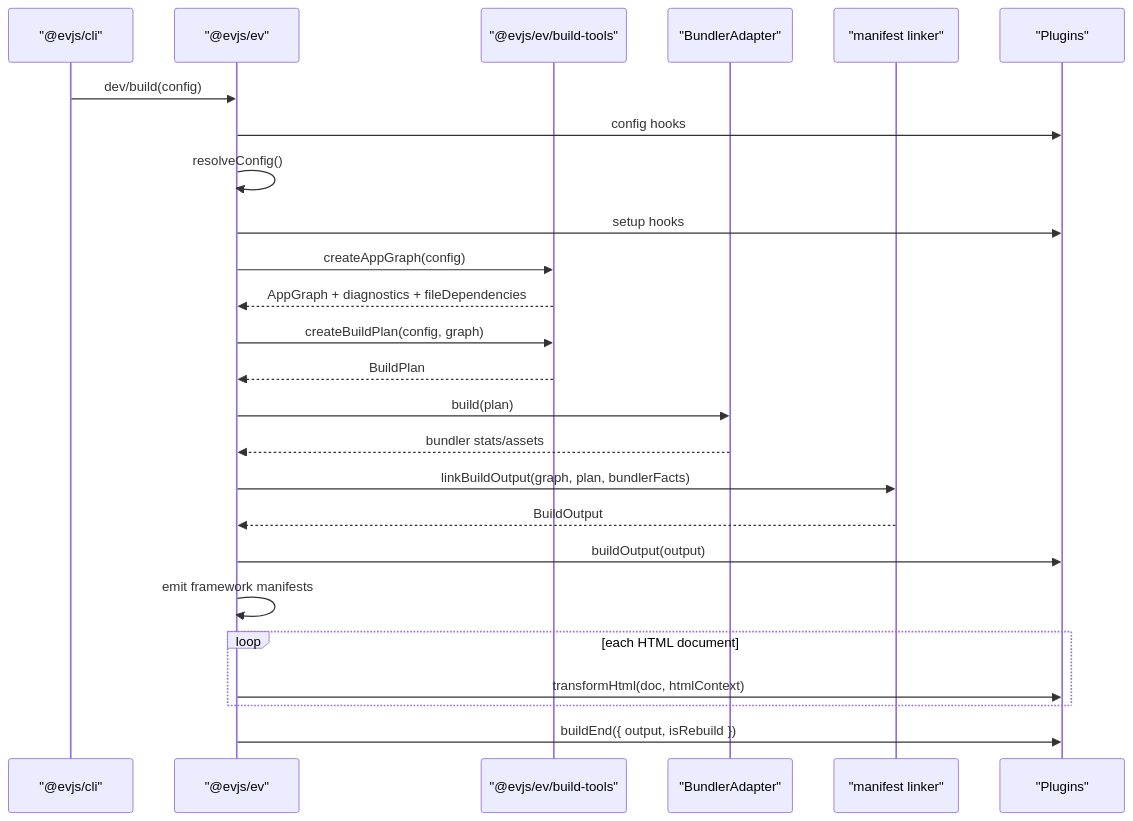
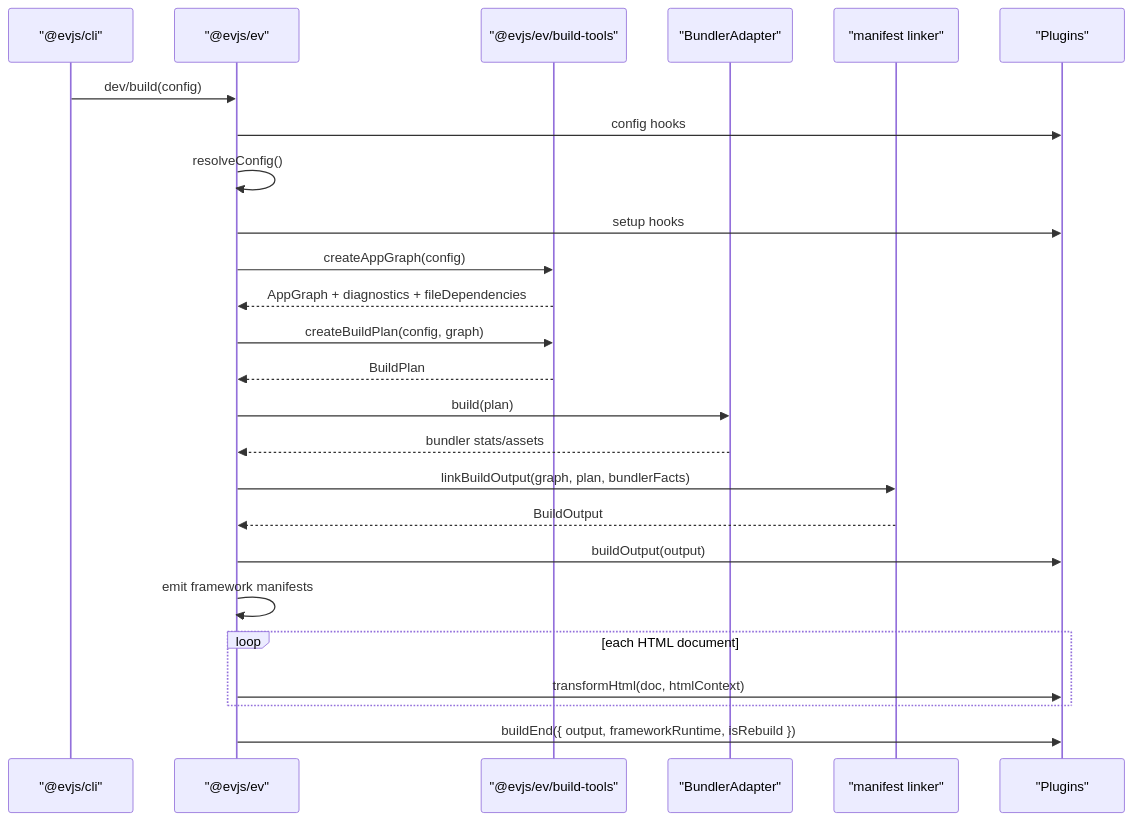
Before and after one commit to binhanchen25-arch/evjs: the first of 3 diagrams in docs/docs/architecture.md, drawn with Mermaid. The commit also changed other lines of this file and 82 other files, not shown here.

Commit message:
refactor(manifest): tighten build output contract (#32)

````diff
--- a/docs/docs/architecture.md
+++ b/docs/docs/architecture.md
@@ -138,28 +138,28 @@
 ```mermaid
 sequenceDiagram
   participant CLI as "@evjs/cli"
   participant EV as "@evjs/ev"
   participant Tools as "@evjs/ev/build-tools"
   participant Bundler as "BundlerAdapter"
   participant Manifest as "manifest linker"
   participant Plugins as "Plugins"
 
   CLI->>EV: dev/build(config)
   EV->>Plugins: config hooks
   EV->>EV: resolveConfig()
   EV->>Plugins: setup hooks
   EV->>Tools: createAppGraph(config)
   Tools-->>EV: AppGraph + diagnostics + fileDependencies
   EV->>Tools: createBuildPlan(config, graph)
   Tools-->>EV: BuildPlan
   EV->>Bundler: build(plan)
   Bundler-->>EV: bundler stats/assets
   EV->>Manifest: linkBuildOutput(graph, plan, bundlerFacts)
   Manifest-->>EV: BuildOutput
   EV->>Plugins: buildOutput(output)
   EV->>EV: emit framework manifests
   loop each HTML document
     EV->>Plugins: transformHtml(doc, htmlContext)
   end
-  EV->>Plugins: buildEnd({ output, isRebuild })
+  EV->>Plugins: buildEnd({ output, frameworkRuntime, isRebuild })
 ```
````
